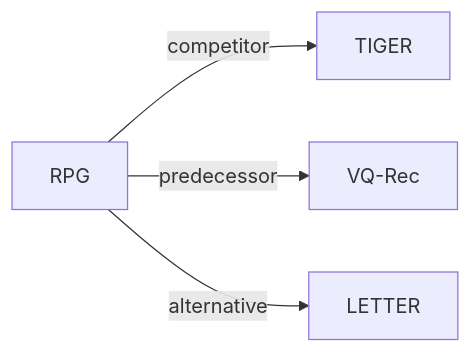
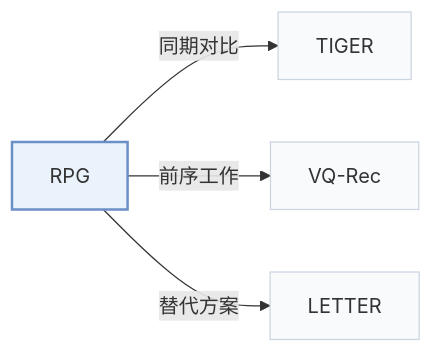
One commit to Galaxy-ghost/Awesome-SID-Generative-Rec changed the fourth of 4 diagrams in pages/zh/papers/rpg.md. Above: the diagram before and after it, drawn with Mermaid. The commit also changed other lines of this file and 649 other files, not shown here.

Commit message:
writer-05: also tags and modality index (schema, check, build, visuals); summary field removed; calibration data for 12 papers

````diff
--- a/pages/zh/papers/rpg.md
+++ b/pages/zh/papers/rpg.md
@@ -229,7 +243,11 @@
 ```mermaid
 flowchart LR
     P["RPG"]
-    P -->|competitor| A["TIGER"]
-    P -->|predecessor| B["VQ-Rec"]
-    P -->|alternative| C["LETTER"]
+    P -->|"同期对比"| A["TIGER"]
+    P -->|"前序工作"| B["VQ-Rec"]
+    P -->|"替代方案"| C["LETTER"]
+    classDef main fill:#eaf2fb,stroke:#6b8fc7,stroke-width:2px
+    classDef peer fill:#f8fafc,stroke:#cbd5e1
+    class P main
+    class A,B,C peer
 ```
````
